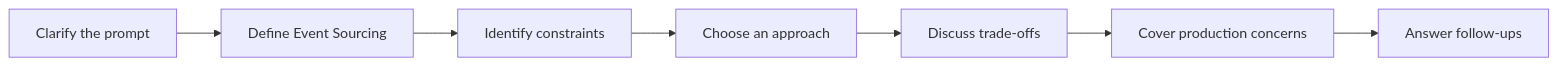
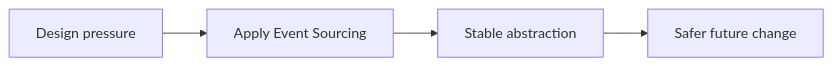
The third of 3 diagrams in fundamentals/patterns/event-sourcing/index.md (abstractinterviews/abstractinterviews.github.io), drawn with Mermaid before and after one commit. The commit also changed other lines of this file and 278 other files, not shown here.

````diff
--- a/fundamentals/patterns/event-sourcing/index.md
+++ b/fundamentals/patterns/event-sourcing/index.md
@@ -86,9 +99,6 @@
-~~~mermaid
+```mermaid
 flowchart LR
-    A["Clarify the prompt"] --> B["Define Event Sourcing"]
-    B --> C["Identify constraints"]
-    C --> D["Choose an approach"]
-    D --> E["Discuss trade-offs"]
-    E --> F["Cover production concerns"]
-    F --> G["Answer follow-ups"]
-~~~
+    Smell["Design pressure"] --> Pattern["Apply Event Sourcing"]
+    Pattern --> Boundary["Stable abstraction"]
+    Boundary --> Change["Safer future change"]
+```
````
